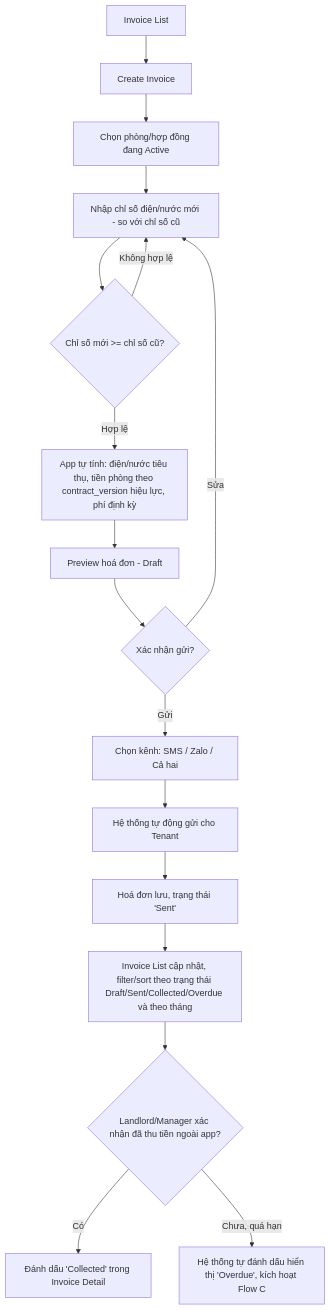
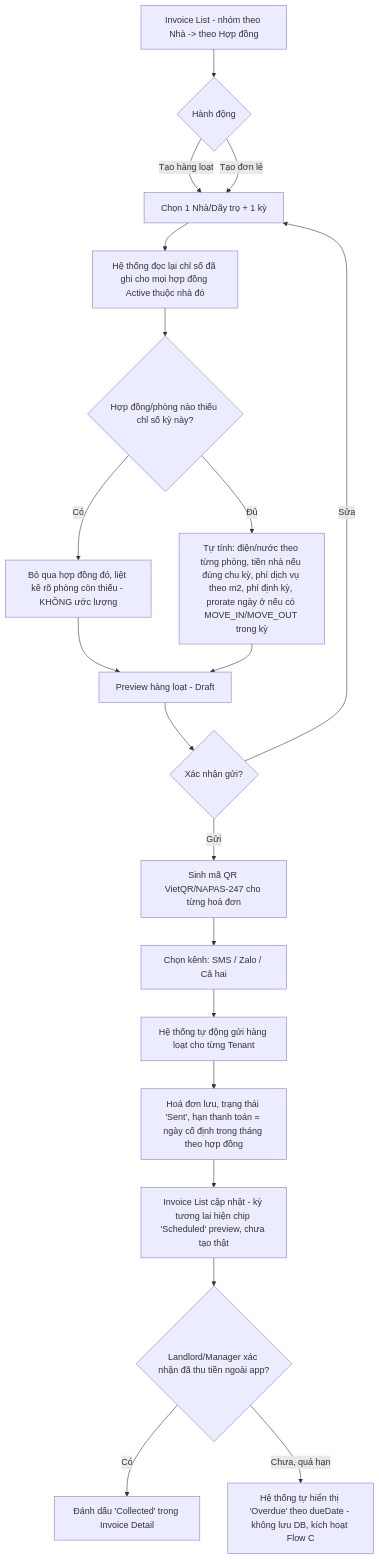
One commit to townsoft-dev/biztown-rent changed the fifth of 8 diagrams in docs/USER-FLOWS.md. Above: the diagram before and after it, drawn with Mermaid. The commit also changed other lines of this file and 14 other files, not shown here.

Commit message:
chỉnh sửa version 3, theo yêu cầu bỏ bảng công tơ, quy định lại mỗi phòng 1 công tơ, tính phí dịch vụ theo m2, 1 hợp đồng có thể có nhiều phòng etc

````diff
--- a/docs/USER-FLOWS.md
+++ b/docs/USER-FLOWS.md
@@ -151,19 +150,22 @@
 ```mermaid
 flowchart TD
-    A[Invoice List] --> B[Create Invoice]
-    B --> C[Chọn phòng/hợp đồng đang Active]
-    C --> D[Nhập chỉ số điện/nước mới - so với chỉ số cũ]
-    D --> E{Chỉ số mới >= chỉ số cũ?}
-    E -- Không hợp lệ --> D
-    E -- Hợp lệ --> F[App tự tính: điện/nước tiêu thụ, tiền phòng theo contract_version hiệu lực, phí định kỳ]
-    F --> G[Preview hoá đơn - Draft]
-    G --> H{Xác nhận gửi?}
-    H -- Sửa --> D
-    H -- Gửi --> I[Chọn kênh: SMS / Zalo / Cả hai]
-    I --> J[Hệ thống tự động gửi cho Tenant]
-    J --> K[Hoá đơn lưu, trạng thái 'Sent']
-    K --> L[Invoice List cập nhật, filter/sort theo trạng thái Draft/Sent/Collected/Overdue và theo tháng]
-    L --> M{Landlord/Manager xác nhận đã thu tiền ngoài app?}
-    M -- Có --> N[Đánh dấu 'Collected' trong Invoice Detail]
-    M -- Chưa, quá hạn --> O[Hệ thống tự đánh dấu hiển thị 'Overdue', kích hoạt Flow C]
+    A[Invoice List - nhóm theo Nhà -> theo Hợp đồng] --> B{Hành động}
+    B -- Tạo hàng loạt --> C[Chọn 1 Nhà/Dãy trọ + 1 kỳ]
+    C --> D[Hệ thống đọc lại chỉ số đã ghi cho mọi hợp đồng Active thuộc nhà đó]
+    D --> E{Hợp đồng/phòng nào thiếu chỉ số kỳ này?}
+    E -- Có --> F[Bỏ qua hợp đồng đó, liệt kê rõ phòng còn thiếu - KHÔNG ước lượng]
+    E -- Đủ --> G[Tự tính: điện/nước theo từng phòng, tiền nhà nếu đúng chu kỳ, phí dịch vụ theo m2, phí định kỳ, prorate ngày ở nếu có MOVE_IN/MOVE_OUT trong kỳ]
+    B -- Tạo đơn lẻ --> C
+    F --> H[Preview hàng loạt - Draft]
+    G --> H
+    H --> I{Xác nhận gửi?}
+    I -- Sửa --> C
+    I -- Gửi --> J[Sinh mã QR VietQR/NAPAS-247 cho từng hoá đơn]
+    J --> K[Chọn kênh: SMS / Zalo / Cả hai]
+    K --> L[Hệ thống tự động gửi hàng loạt cho từng Tenant]
+    L --> M[Hoá đơn lưu, trạng thái 'Sent', hạn thanh toán = ngày cố định trong tháng theo hợp đồng]
+    M --> N[Invoice List cập nhật - kỳ tương lai hiện chip 'Scheduled' preview, chưa tạo thật]
+    N --> O{Landlord/Manager xác nhận đã thu tiền ngoài app?}
+    O -- Có --> P[Đánh dấu 'Collected' trong Invoice Detail]
+    O -- Chưa, quá hạn --> Q[Hệ thống tự hiển thị 'Overdue' theo dueDate - không lưu DB, kích hoạt Flow C]
 ```
````
